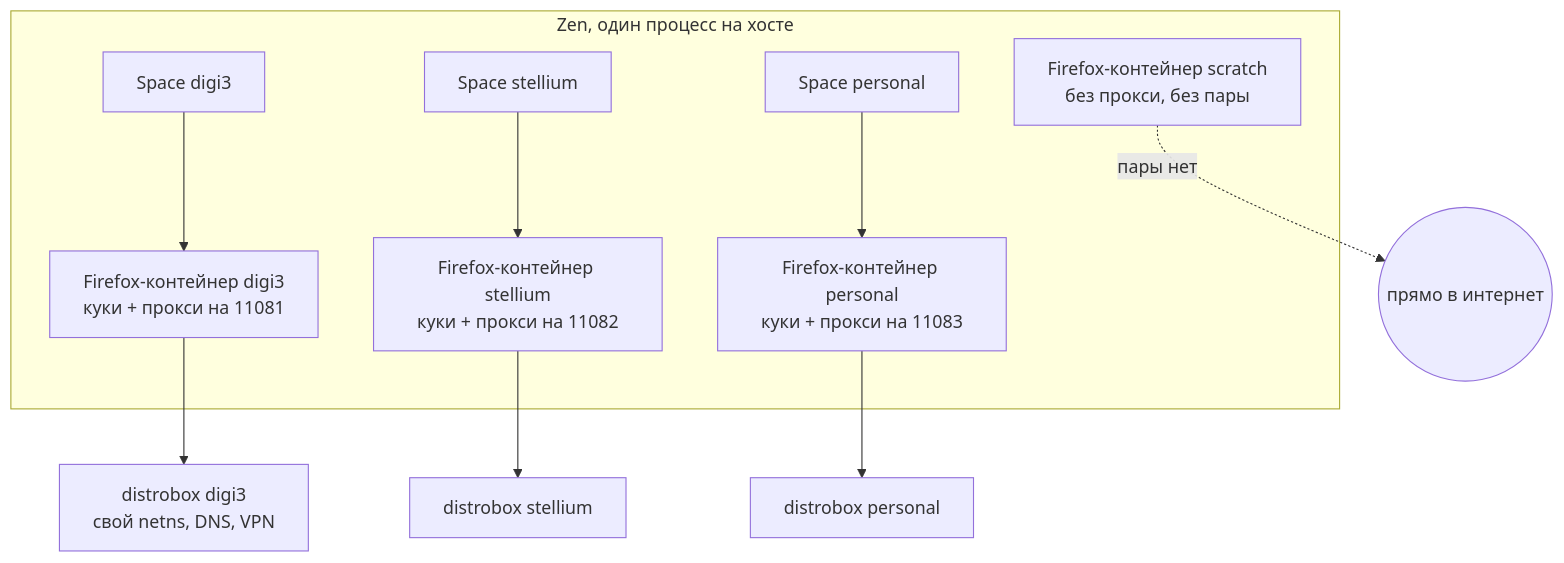
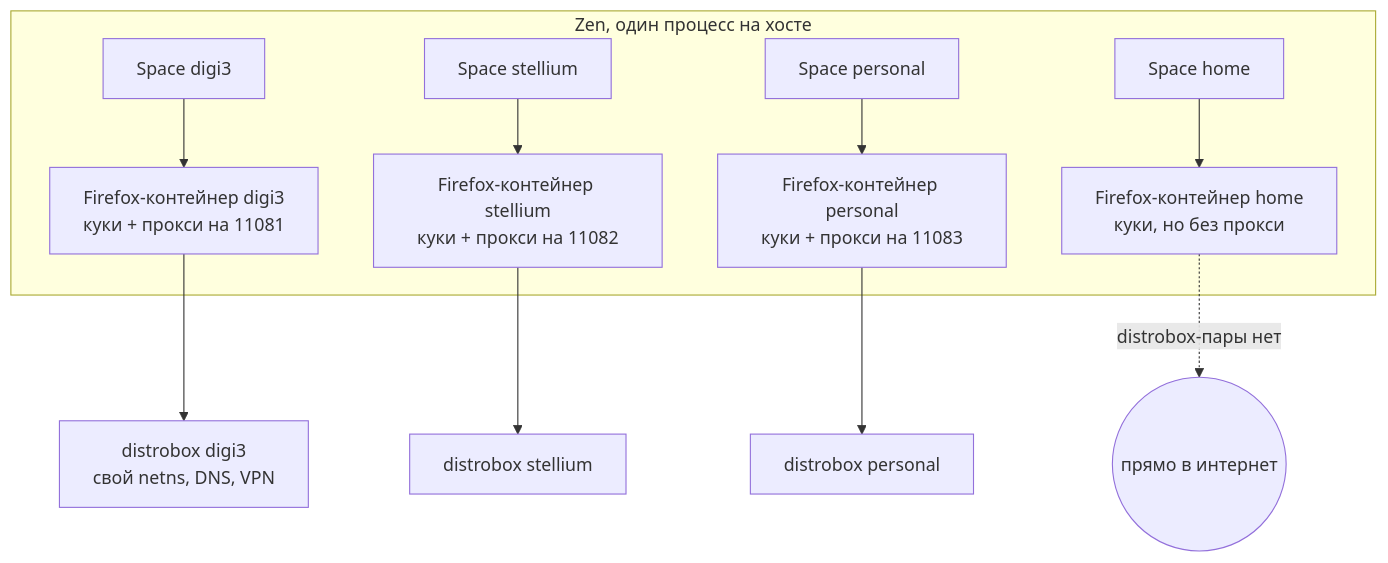
One commit to stpntkhnv/dotfiles changed the first of 2 diagrams in docs/isolation.md. Above: the diagram before and after it, drawn with Mermaid. The commit also changed other lines of this file and 10 other files, not shown here.

Commit message:
контейнер без работы: scratch становится home, со своим спейсом и закладками

````diff
--- a/docs/isolation.md
+++ b/docs/isolation.md
@@ -79,13 +88,13 @@
 ```mermaid
 graph TB
     subgraph browser["Zen, один процесс на хосте"]
         S1["Space digi3"] --> FC1["Firefox-контейнер digi3<br/>куки + прокси на 11081"]
         S2["Space stellium"] --> FC2["Firefox-контейнер stellium<br/>куки + прокси на 11082"]
         S3["Space personal"] --> FC3["Firefox-контейнер personal<br/>куки + прокси на 11083"]
-        FCS["Firefox-контейнер scratch<br/>без прокси, без пары"]
+        SH["Space home"] --> FCS["Firefox-контейнер home<br/>куки, но без прокси"]
     end
     FC1 --> DC1["distrobox digi3<br/>свой netns, DNS, VPN"]
     FC2 --> DC2["distrobox stellium"]
     FC3 --> DC3["distrobox personal"]
-    FCS -.->|"пары нет"| INET(("прямо в интернет"))
+    FCS -.->|"distrobox-пары нет"| INET(("прямо в интернет"))
 ```
````
